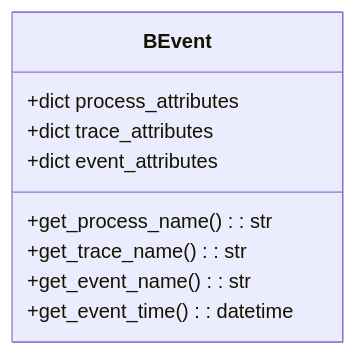
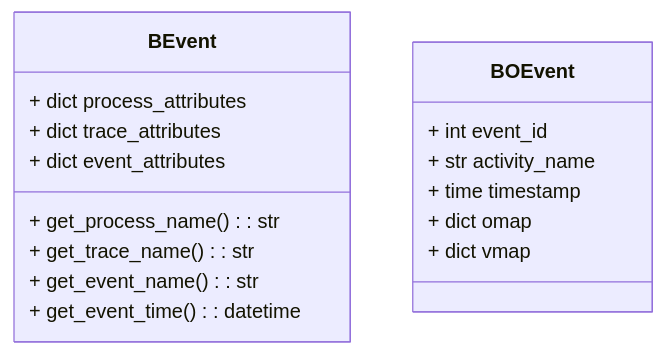
The diagram in docs/pybeamline/basic-concepts.md (beamline/docs), drawn with Mermaid before and after one commit. The commit also changed other lines of this file and 13 other files, not shown here.

```diff
--- a/docs/pybeamline/basic-concepts.md
+++ b/docs/pybeamline/basic-concepts.md
@@ -10,12 +10,20 @@
 <div class="mermaid">
 classDiagram
 class BEvent {
-    +dict process_attributes
-    +dict trace_attributes
-    +dict event_attributes
-    +get_process_name(): str
-    +get_trace_name(): str
-    +get_event_name(): str
-    +get_event_time(): datetime
+    + dict process_attributes
+    + dict trace_attributes
+    + dict event_attributes
+    + get_process_name(): str
+    + get_trace_name(): str
+    + get_event_name(): str
+    + get_event_time(): datetime
+}
+
+class BOEvent {
+    + int event_id
+    + str activity_name
+    + time timestamp
+    + dict omap
+    + dict vmap
 }
 </div>
```
